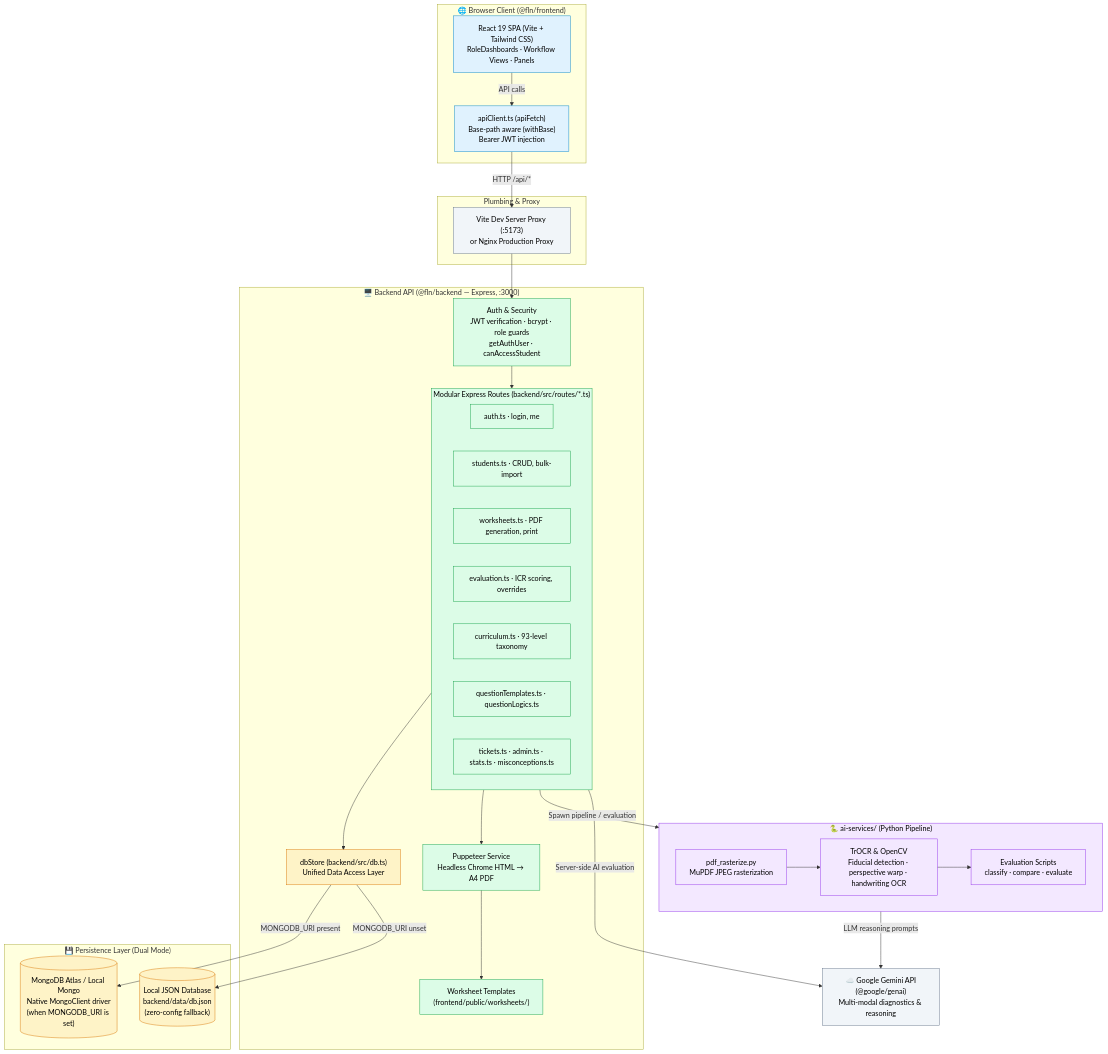
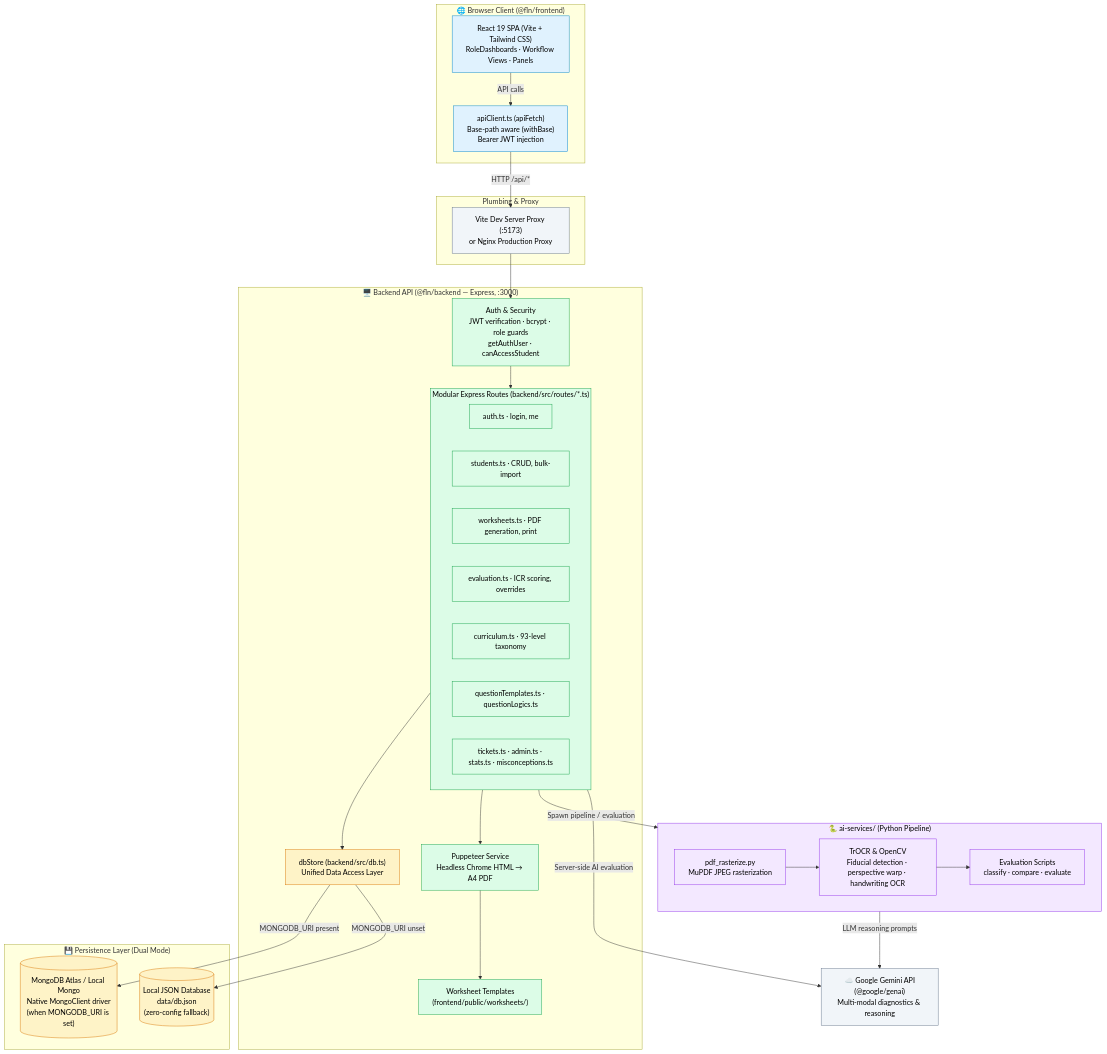
One commit to MdIrfan325/fln changed the first of 3 diagrams in ARCHITECTURE.md. Above: the diagram before and after it, drawn with Mermaid. The commit also changed other lines of this file, not shown here.

Commit message:
docs: correct local JSON db path to data/db.json and clarify withBase helper

````diff
--- a/ARCHITECTURE.md
+++ b/ARCHITECTURE.md
@@ -11,69 +11,69 @@
 ```mermaid
 flowchart TB
     subgraph Browser["🌐 Browser Client (@fln/frontend)"]
         UI["React 19 SPA (Vite + Tailwind CSS)<br/>RoleDashboards · Workflow Views · Panels"]
         APIClient["apiClient.ts (apiFetch)<br/>Base-path aware (withBase)<br/>Bearer JWT injection"]
         UI -->|"API calls"| APIClient
     end
 
     subgraph Network["Plumbing & Proxy"]
         ViteProxy["Vite Dev Server Proxy (:5173)<br/>or Nginx Production Proxy"]
         APIClient -->|"HTTP /api/*"| ViteProxy
     end
 
     subgraph Backend["🖥️ Backend API (@fln/backend — Express, :3000)"]
         Auth["Auth & Security<br/>JWT verification · bcrypt · role guards<br/>getAuthUser · canAccessStudent"]
         
         subgraph Routes["Modular Express Routes (backend/src/routes/*.ts)"]
             R_Auth["auth.ts · login, me"]
             R_Students["students.ts · CRUD, bulk-import"]
             R_Worksheets["worksheets.ts · PDF generation, print"]
             R_Eval["evaluation.ts · ICR scoring, overrides"]
             R_Curriculum["curriculum.ts · 93-level taxonomy"]
             R_Authoring["questionTemplates.ts · questionLogics.ts"]
             R_Other["tickets.ts · admin.ts · stats.ts · misconceptions.ts"]
         end
 
         DBStore["dbStore (backend/src/db.ts)<br/>Unified Data Access Layer"]
         PuppeteerEngine["Puppeteer Service<br/>Headless Chrome HTML → A4 PDF"]
         Templates["Worksheet Templates<br/>(frontend/public/worksheets/)"]
 
         ViteProxy --> Auth
         Auth --> Routes
         Routes --> DBStore
         Routes --> PuppeteerEngine
         PuppeteerEngine --> Templates
     end
 
     subgraph Persistence["💾 Persistence Layer (Dual Mode)"]
         MongoDB[("MongoDB Atlas / Local Mongo<br/>Native MongoClient driver<br/>(when MONGODB_URI is set)")]
-        LocalJSON[("Local JSON Database<br/>backend/data/db.json<br/>(zero-config fallback)")]
+        LocalJSON[("Local JSON Database<br/>data/db.json<br/>(zero-config fallback)")]
         DBStore -->|"MONGODB_URI present"| MongoDB
         DBStore -->|"MONGODB_URI unset"| LocalJSON
     end
 
     subgraph AIServices["🐍 ai-services/ (Python Pipeline)"]
         PDFRaster["pdf_rasterize.py<br/>MuPDF JPEG rasterization"]
         Vision["TrOCR & OpenCV<br/>Fiducial detection · perspective warp · handwriting OCR"]
         EvalPipeline["Evaluation Scripts<br/>classify · compare · evaluate"]
         PDFRaster --> Vision --> EvalPipeline
     end
 
     CloudAI["☁️ Google Gemini API<br/>(@google/genai)<br/>Multi-modal diagnostics & reasoning"]
 
     Routes -->|"Spawn pipeline / evaluation"| AIServices
     Routes -->|"Server-side AI evaluation"| CloudAI
     AIServices -->|"LLM reasoning prompts"| CloudAI
 
     classDef client fill:#e0f2fe,stroke:#0284c7,color:#000
     classDef server fill:#dcfce7,stroke:#16a34a,color:#000
     classDef storage fill:#fef3c7,stroke:#d97706,color:#000
     classDef ai fill:#f3e8ff,stroke:#9333ea,color:#000
     classDef cloud fill:#f1f5f9,stroke:#64748b,color:#000
 
     class UI,APIClient client
     class Auth,Routes,R_Auth,R_Students,R_Worksheets,R_Eval,R_Curriculum,R_Authoring,R_Other,PuppeteerEngine,Templates server
     class DBStore,MongoDB,LocalJSON storage
     class AIServices,PDFRaster,Vision,EvalPipeline ai
     class ViteProxy,CloudAI cloud
 ```
````
